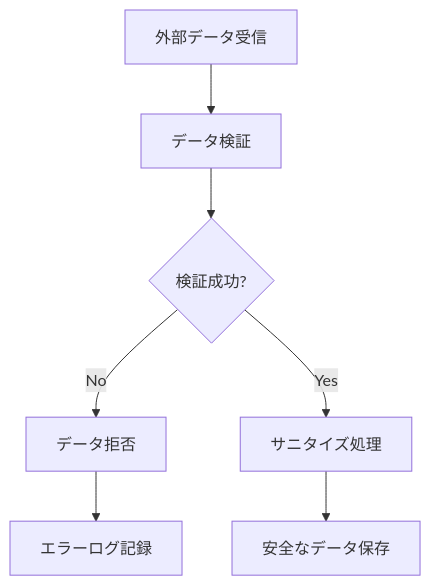
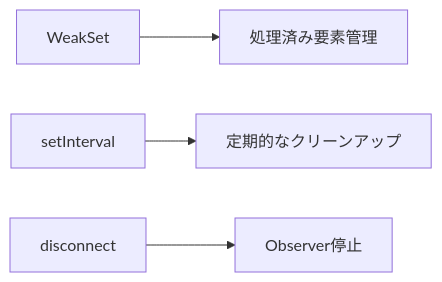
Before and after one commit to Hutaba-Makura/Comiketter: diagram 12 of 14 in docs/data-flow-diagram.md, drawn with Mermaid. The commit also changed other lines of this file and 5 other files, not shown here.

Commit message:
feat: データフロー図とER図を更新し、全体のデータフローとデータベース設計を明確化しました。また、実装環境ドキュメントを整備し、プロジェクト構造を詳細に記述しました。

````diff
--- a/docs/data-flow-diagram.md
+++ b/docs/data-flow-diagram.md
@@ -235,9 +249,6 @@
 ```mermaid
-flowchart TD
-    A[外部データ受信] --> B[データ検証]
-    B --> C{検証成功?}
-    C -->|No| D[データ拒否]
-    C -->|Yes| E[サニタイズ処理]
-    E --> F[安全なデータ保存]
-    D --> G[エラーログ記録]
+graph LR
+    A[WeakSet] --> B[処理済み要素管理]
+    C[setInterval] --> D[定期的なクリーンアップ]
+    E[disconnect] --> F[Observer停止]
 ```
````
